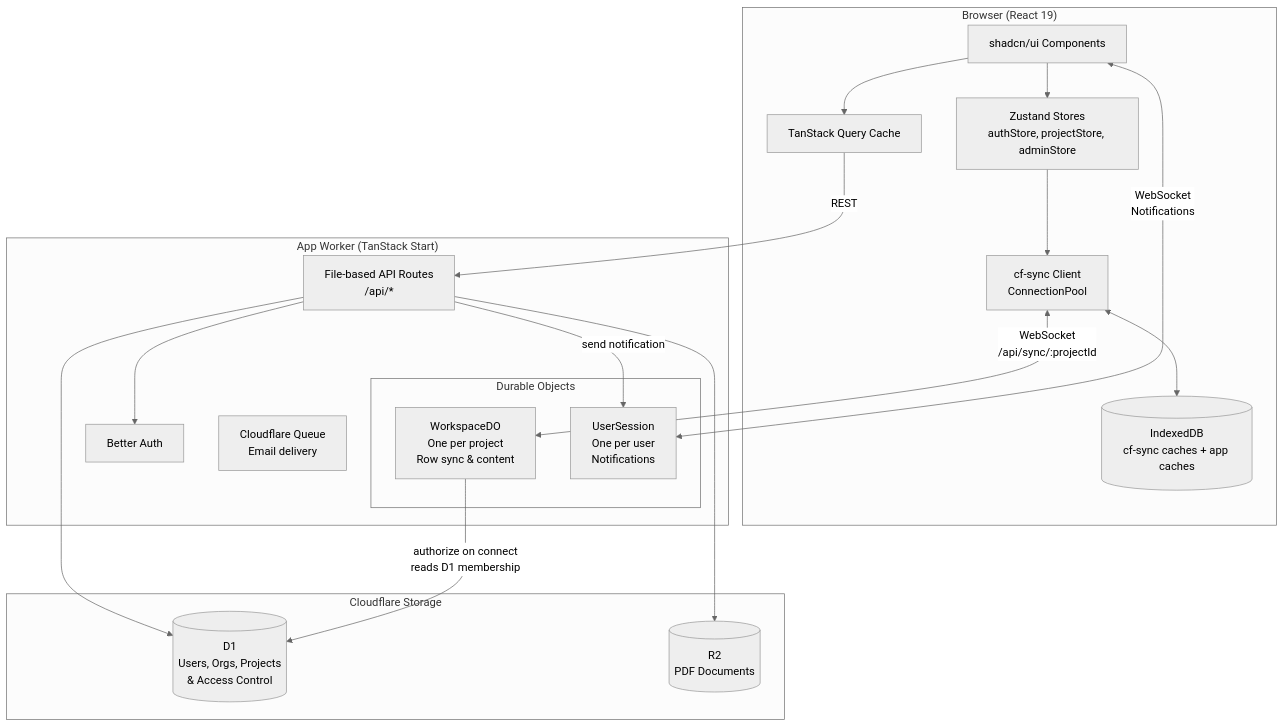
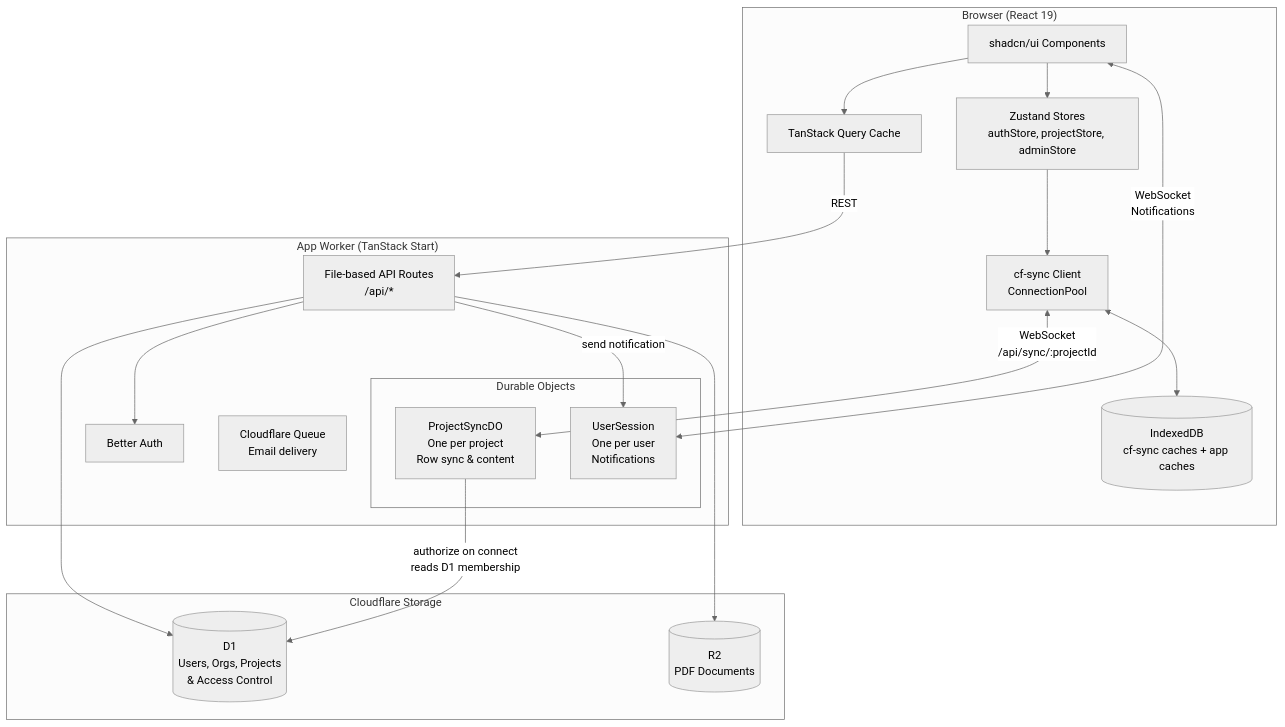
The diagram in packages/docs/architecture/diagrams/02-system-architecture.md (InfinityBowman/corates), drawn with Mermaid (neutral theme) before and after one commit. The commit also changed other lines of this file and 138 other files, not shown here.

First line of the commit message:
Rename the sync Durable Object so "workspace" can mean the tenant (#868)

````diff
--- a/packages/docs/architecture/diagrams/02-system-architecture.md
+++ b/packages/docs/architecture/diagrams/02-system-architecture.md
@@ -5,39 +5,39 @@
 ```mermaid
 flowchart TB
     subgraph Client["Browser (React 19)"]
         UI[shadcn/ui Components]
         Stores[Zustand Stores<br/>authStore, projectStore, adminStore]
         Query[TanStack Query Cache]
         SyncClient[cf-sync Client<br/>ConnectionPool]
         IDB[(IndexedDB<br/>cf-sync caches + app caches)]
     end
 
     subgraph MainWorker["App Worker (TanStack Start)"]
         Routes[File-based API Routes<br/>/api/*]
         Auth[Better Auth]
 
         subgraph DurableObjects["Durable Objects"]
-            WorkspaceDO[WorkspaceDO<br/>One per project<br/>Row sync & content]
+            ProjectSyncDO[ProjectSyncDO<br/>One per project<br/>Row sync & content]
             UserSession[UserSession<br/>One per user<br/>Notifications]
         end
         EmailQueue[Cloudflare Queue<br/>Email delivery]
     end
 
     subgraph Storage["Cloudflare Storage"]
         D1[(D1<br/>Users, Orgs, Projects<br/>& Access Control)]
         R2[(R2<br/>PDF Documents)]
     end
 
     UI --> Stores
     UI --> Query
     Stores --> SyncClient
-    SyncClient <-->|"WebSocket<br/>/api/sync/:projectId"| WorkspaceDO
+    SyncClient <-->|"WebSocket<br/>/api/sync/:projectId"| ProjectSyncDO
     SyncClient <--> IDB
     UI <-->|"WebSocket<br/>Notifications"| UserSession
     Query -->|"REST"| Routes
     Routes --> Auth
     Routes --> D1
     Routes --> R2
     Routes -->|"send notification"| UserSession
-    WorkspaceDO -->|"authorize on connect<br/>reads D1 membership"| D1
+    ProjectSyncDO -->|"authorize on connect<br/>reads D1 membership"| D1
 ```
````
